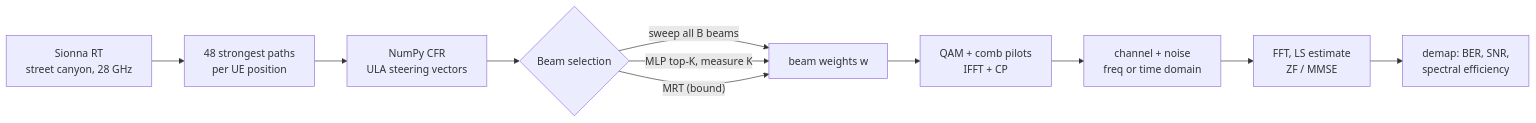
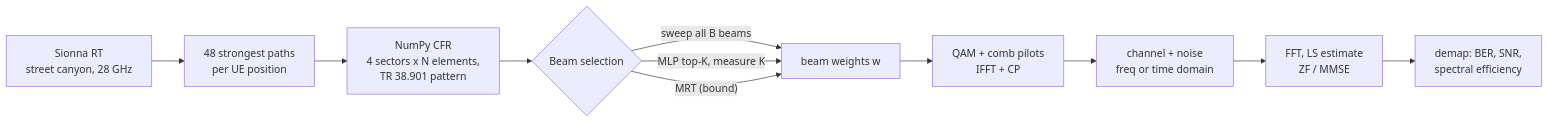
One commit to abbasnawaz/beamlink changed the diagram in README.md. Above: the diagram before and after it, drawn with Mermaid. The commit also changed other lines of this file and 37 other files, not shown here.

````diff
--- a/README.md
+++ b/README.md
@@ -42,13 +44,13 @@
 ```mermaid
 flowchart LR
     RT["Sionna RT<br/>street canyon, 28 GHz"] --> P["48 strongest paths<br/>per UE position"]
-    P --> CFR["NumPy CFR<br/>ULA steering vectors"]
+    P --> CFR["NumPy CFR<br/>4 sectors x N elements,<br/>TR 38.901 pattern"]
     CFR --> BS{"Beam selection"}
     BS -->|"sweep all B beams"| W["beam weights w"]
     BS -->|"MLP top-K, measure K"| W
     BS -->|"MRT (bound)"| W
     W --> TX["QAM + comb pilots<br/>IFFT + CP"]
     TX --> CH["channel + noise<br/>freq or time domain"]
     CH --> RX["FFT, LS estimate<br/>ZF / MMSE"]
     RX --> OUT["demap: BER, SNR,<br/>spectral efficiency"]
 ```
````
